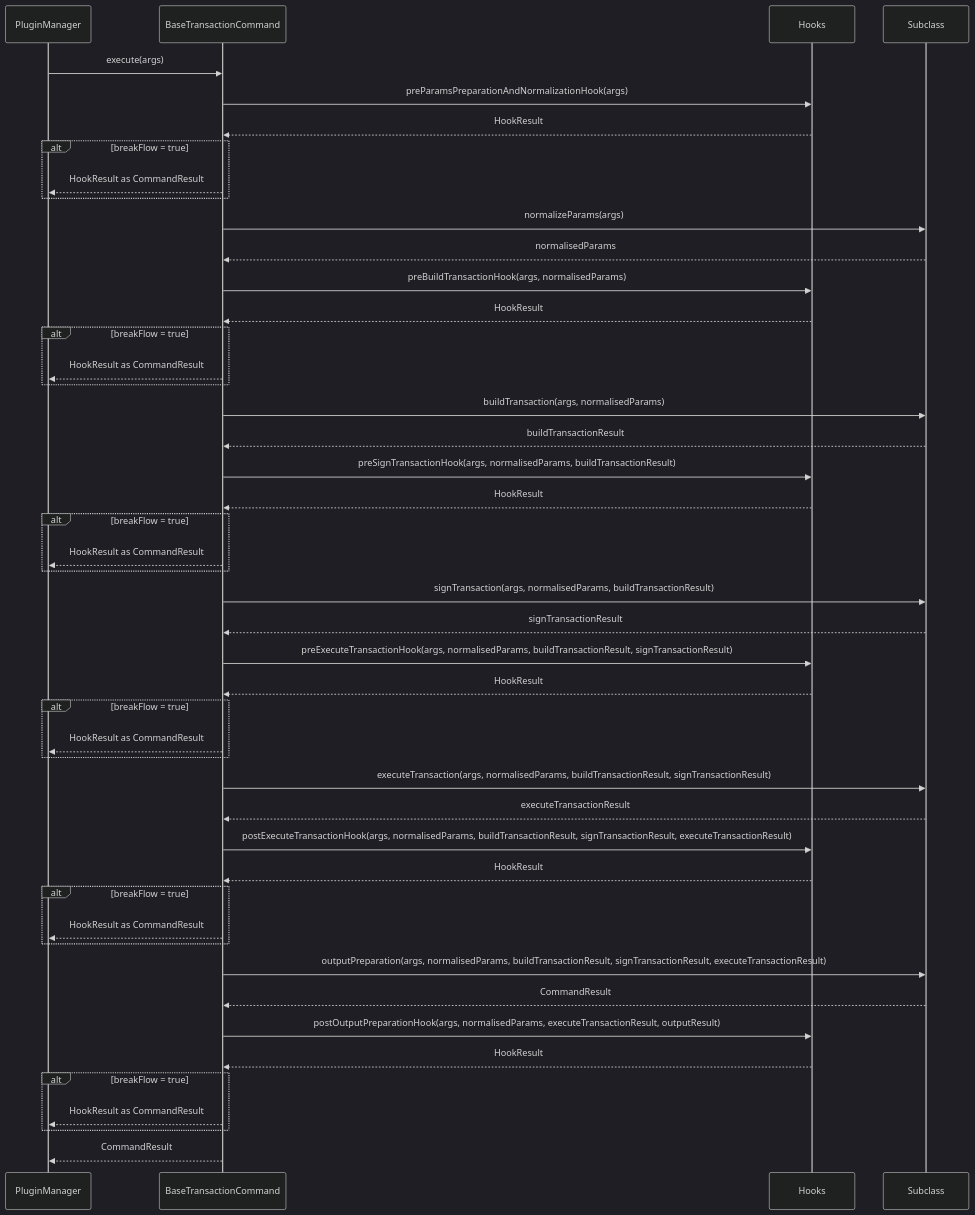
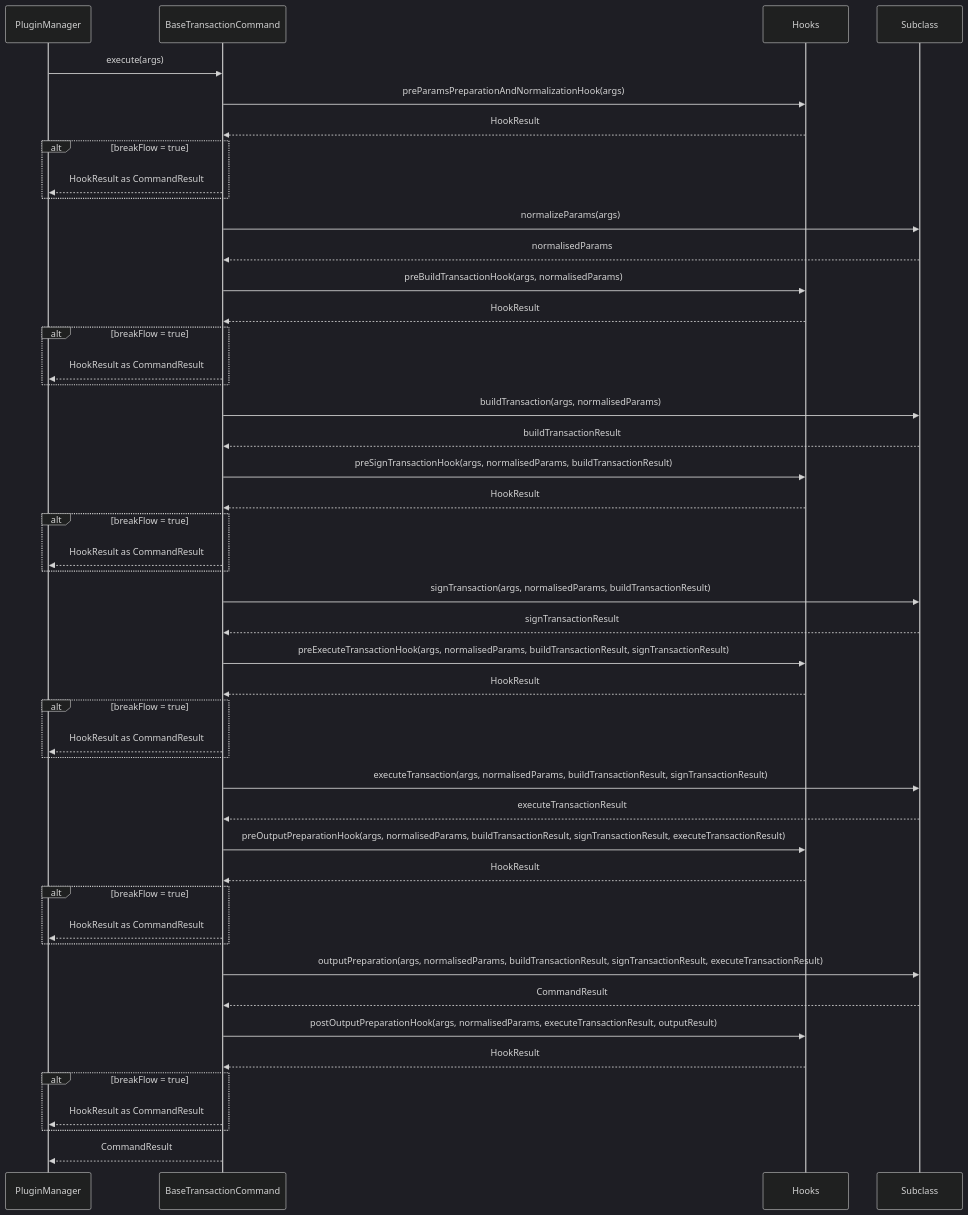
The diagram in docs/adr/ADR-009-class-based-handler-and-hook-architecture.md (hiero-ledger/hiero-cli), drawn with Mermaid (dark theme) before and after one commit. The commit also changed other lines of this file and 3 other files, not shown here.

````diff
--- a/docs/adr/ADR-009-class-based-handler-and-hook-architecture.md
+++ b/docs/adr/ADR-009-class-based-handler-and-hook-architecture.md
@@ -814,62 +816,62 @@
 ```mermaid
 sequenceDiagram
     participant PM as PluginManager
     participant BC as BaseTransactionCommand
     participant H as Hooks
     participant Sub as Subclass
 
     PM->>BC: execute(args)
 
     BC->>H: preParamsPreparationAndNormalizationHook(args)
     H-->>BC: HookResult
     alt breakFlow = true
         BC-->>PM: HookResult as CommandResult
     end
 
     BC->>Sub: normalizeParams(args)
     Sub-->>BC: normalisedParams
 
     BC->>H: preBuildTransactionHook(args, normalisedParams)
     H-->>BC: HookResult
     alt breakFlow = true
         BC-->>PM: HookResult as CommandResult
     end
 
     BC->>Sub: buildTransaction(args, normalisedParams)
     Sub-->>BC: buildTransactionResult
 
     BC->>H: preSignTransactionHook(args, normalisedParams, buildTransactionResult)
     H-->>BC: HookResult
     alt breakFlow = true
         BC-->>PM: HookResult as CommandResult
     end
 
     BC->>Sub: signTransaction(args, normalisedParams, buildTransactionResult)
     Sub-->>BC: signTransactionResult
 
     BC->>H: preExecuteTransactionHook(args, normalisedParams, buildTransactionResult, signTransactionResult)
     H-->>BC: HookResult
     alt breakFlow = true
         BC-->>PM: HookResult as CommandResult
     end
 
     BC->>Sub: executeTransaction(args, normalisedParams, buildTransactionResult, signTransactionResult)
     Sub-->>BC: executeTransactionResult
 
-    BC->>H: postExecuteTransactionHook(args, normalisedParams, buildTransactionResult, signTransactionResult, executeTransactionResult)
+    BC->>H: preOutputPreparationHook(args, normalisedParams, buildTransactionResult, signTransactionResult, executeTransactionResult)
     H-->>BC: HookResult
     alt breakFlow = true
         BC-->>PM: HookResult as CommandResult
     end
 
     BC->>Sub: outputPreparation(args, normalisedParams, buildTransactionResult, signTransactionResult, executeTransactionResult)
     Sub-->>BC: CommandResult
 
     BC->>H: postOutputPreparationHook(args, normalisedParams, executeTransactionResult, outputResult)
     H-->>BC: HookResult
     alt breakFlow = true
         BC-->>PM: HookResult as CommandResult
     end
 
     BC-->>PM: CommandResult
 ```
````
